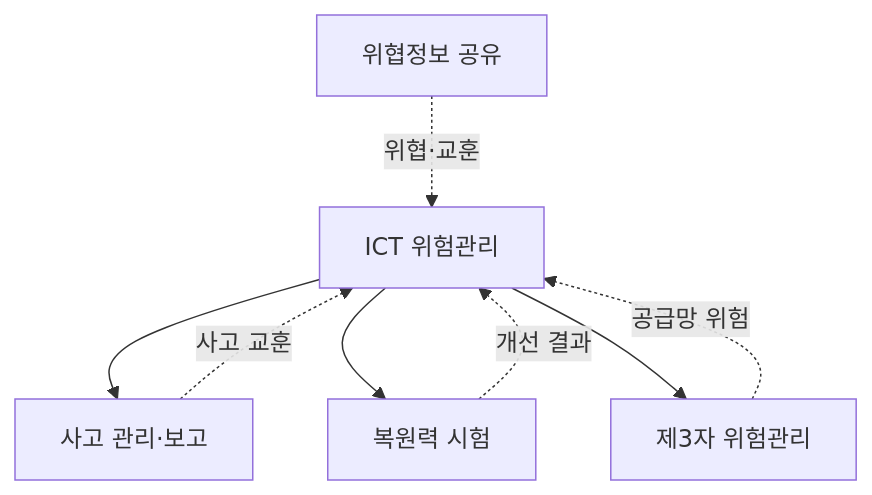
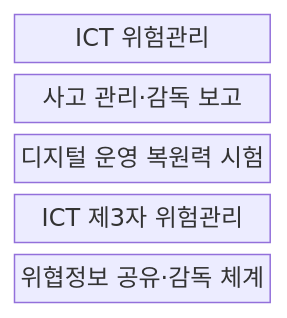
Before and after one commit to agnusdei1207/knowledge-base: the first of 2 diagrams in src/content/docs/notes/07-law-policy/034_eu_dora.md, drawn with Mermaid. The commit also changed other lines of this file and 9 other files, not shown here.

````diff
--- a/src/content/docs/notes/07-law-policy/034_eu_dora.md
+++ b/src/content/docs/notes/07-law-policy/034_eu_dora.md
@@ -54,10 +54,9 @@
 ```mermaid
-flowchart TD
-    A[ICT 위험관리] --> B[사고 관리·보고]
-    A --> C[복원력 시험]
-    A --> D[제3자 위험관리]
-    E[위협정보 공유] -. 위협·교훈 .-> A
-    B -. 사고 교훈 .-> A
-    C -. 개선 결과 .-> A
-    D -. 공급망 위험 .-> A
+block-beta
+    columns 1
+    A["ICT 위험관리"]
+    B["사고 관리·감독 보고"]
+    C["디지털 운영 복원력 시험"]
+    D["ICT 제3자 위험관리"]
+    E["위협정보 공유·감독 체계"]
 ```
````
